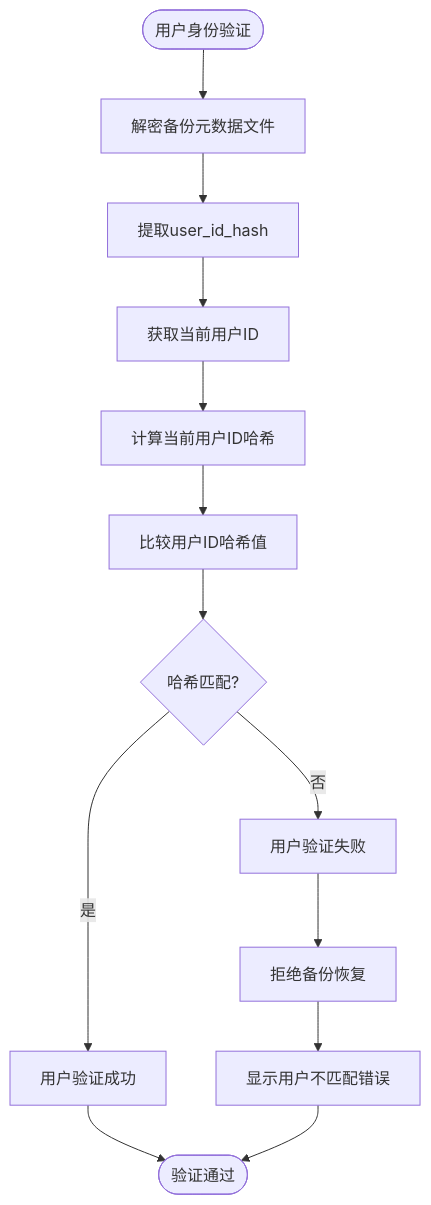
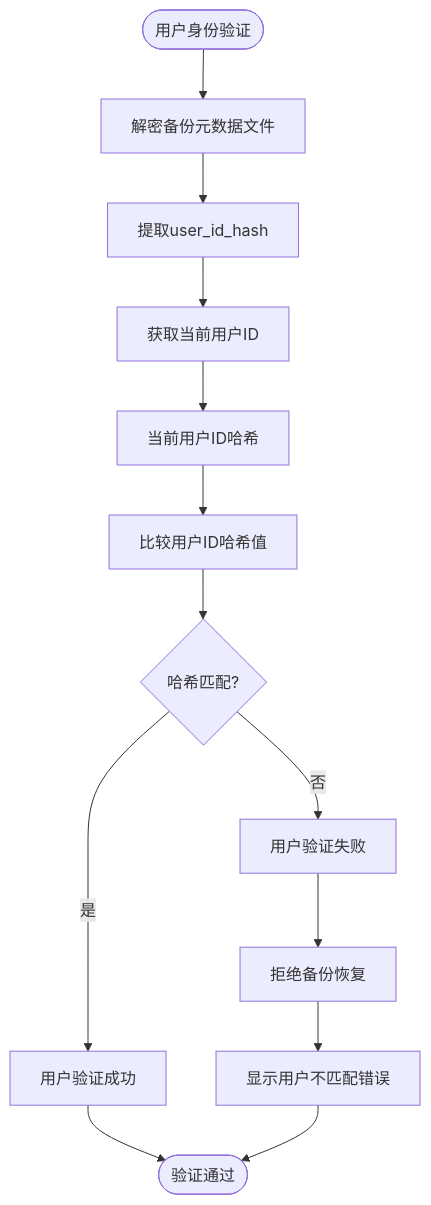
Before and after one commit to yingjianzh/iodraw-files: the diagram in all/未命名-53.md, drawn with Mermaid.

Commit message:
2025-05-09 16:44:07 update

````diff
--- a/all/未命名-53.md
+++ b/all/未命名-53.md
@@ -1,19 +1,19 @@
 ```mermaid
 flowchart TD
     Start([用户身份验证]) --> DecryptMetadata[解密备份元数据文件]
     DecryptMetadata --> ExtractUserHash[提取user_id_hash]
     ExtractUserHash --> GetCurrentUser[获取当前用户ID]
     
-    GetCurrentUser --> HashCurrentUser[计算当前用户ID哈希]
+    GetCurrentUser --> HashCurrentUser[当前用户ID哈希]
     HashCurrentUser --> CompareHashes[比较用户ID哈希值]
     
     CompareHashes --> HashMatch{哈希匹配?}
     HashMatch -->|是| VerifySuccess[用户验证成功]
     HashMatch -->|否| VerifyFailure[用户验证失败]
     
     VerifySuccess --> End([验证通过])
     VerifyFailure --> RejectBackup[拒绝备份恢复]
     RejectBackup --> ShowUserError[显示用户不匹配错误]
     
     ShowUserError --> End
 ```
````
